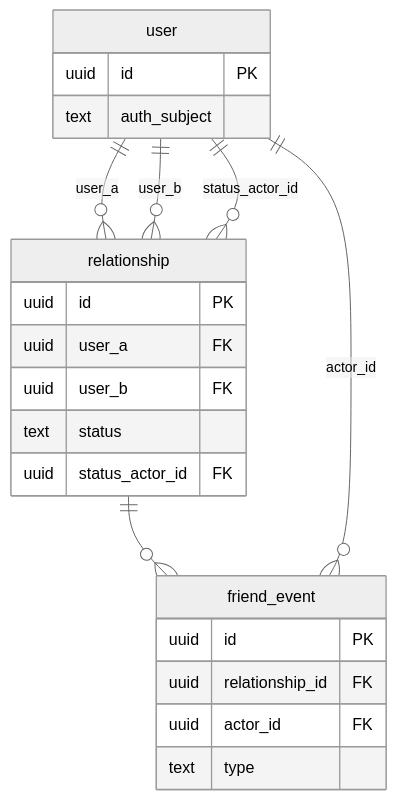
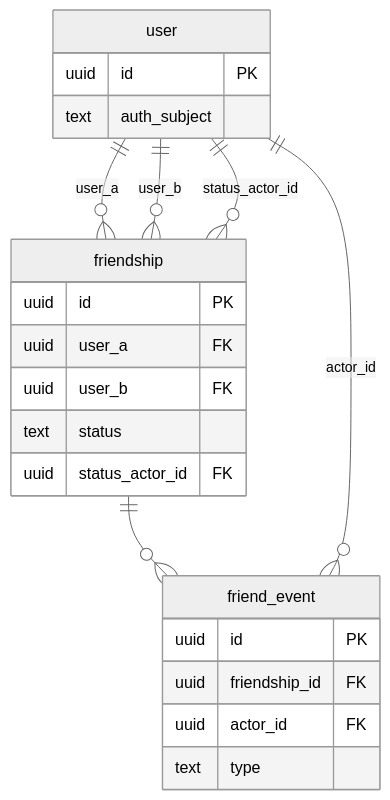
The diagram in database/erd.md (fair-n-square-co/docs), drawn with Mermaid (neutral theme) before and after one commit. The commit also changed other lines of this file and 1 other file, not shown here.

Commit message:
docs: rename relationship table to friendship in ERD and design
Match the core schema rename: the current-state table is now `friendship`
(was `relationship`) and friend_event references friendship_id.

Claude-Session: https://claude.ai/code/session_013jwuxaLoBAKhNWXQBDCe6h

````diff
--- a/database/erd.md
+++ b/database/erd.md
@@ -7,25 +7,25 @@
 ```mermaid
 erDiagram
     user {
         uuid id PK
         text auth_subject
     }
-    relationship {
+    friendship {
         uuid id PK
         uuid user_a FK
         uuid user_b FK
         text status
         uuid status_actor_id FK
     }
     friend_event {
         uuid id PK
-        uuid relationship_id FK
+        uuid friendship_id FK
         uuid actor_id FK
         text type
     }
-    user ||--o{ relationship : "user_a"
-    user ||--o{ relationship : "user_b"
-    user ||--o{ relationship : "status_actor_id"
-    relationship ||--o{ friend_event : ""
+    user ||--o{ friendship : "user_a"
+    user ||--o{ friendship : "user_b"
+    user ||--o{ friendship : "status_actor_id"
+    friendship ||--o{ friend_event : ""
     user ||--o{ friend_event : "actor_id"
 ```
````
